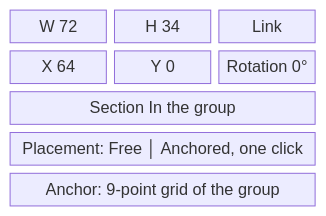
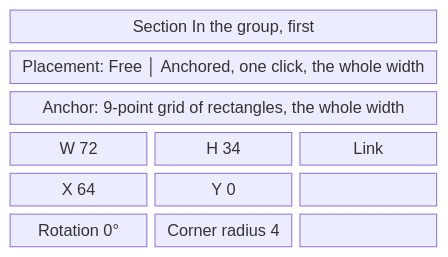
One commit to AlexandreGallais/synoptic-studio-spec changed the diagram in symbols/04-drawing-mode/geometry.md. Above: the diagram before and after it, drawn with Mermaid. The commit also changed other lines of this file and 32 other files, not shown here.

````diff
--- a/symbols/04-drawing-mode/geometry.md
+++ b/symbols/04-drawing-mode/geometry.md
@@ -33,9 +36,10 @@
 ```mermaid
 block-beta
     columns 3
+    t["Section In the group, first"]:3
+    p["Placement: Free │ Anchored, one click, the whole width"]:3
+    g["Anchor: 9-point grid of rectangles, the whole width"]:3
     w["W 72"] h["H 34"] link["Link"]
-    x["X 64"] y["Y 0"] r["Rotation 0°"]
-    t["Section In the group"]:3
-    p["Placement: Free │ Anchored, one click"]:3
-    g["Anchor: 9-point grid of the group"]:3
+    x["X 64"] y["Y 0"] e1[" "]
+    r["Rotation 0°"] c["Corner radius 4"] e2[" "]
 ```
````
